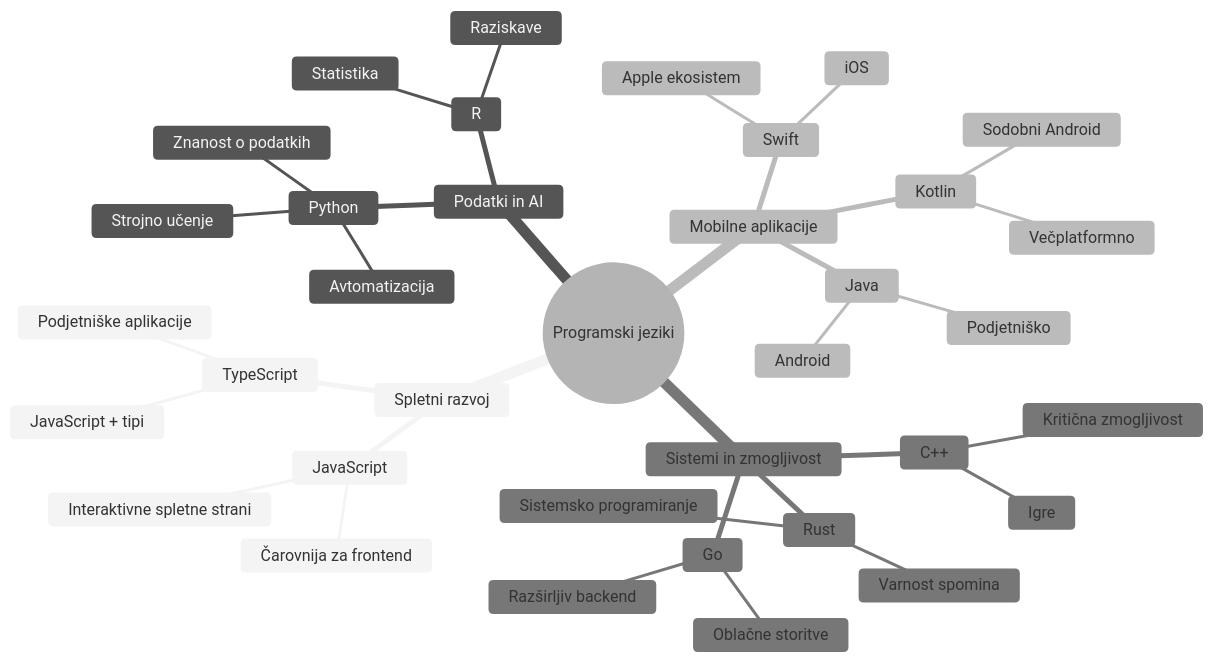
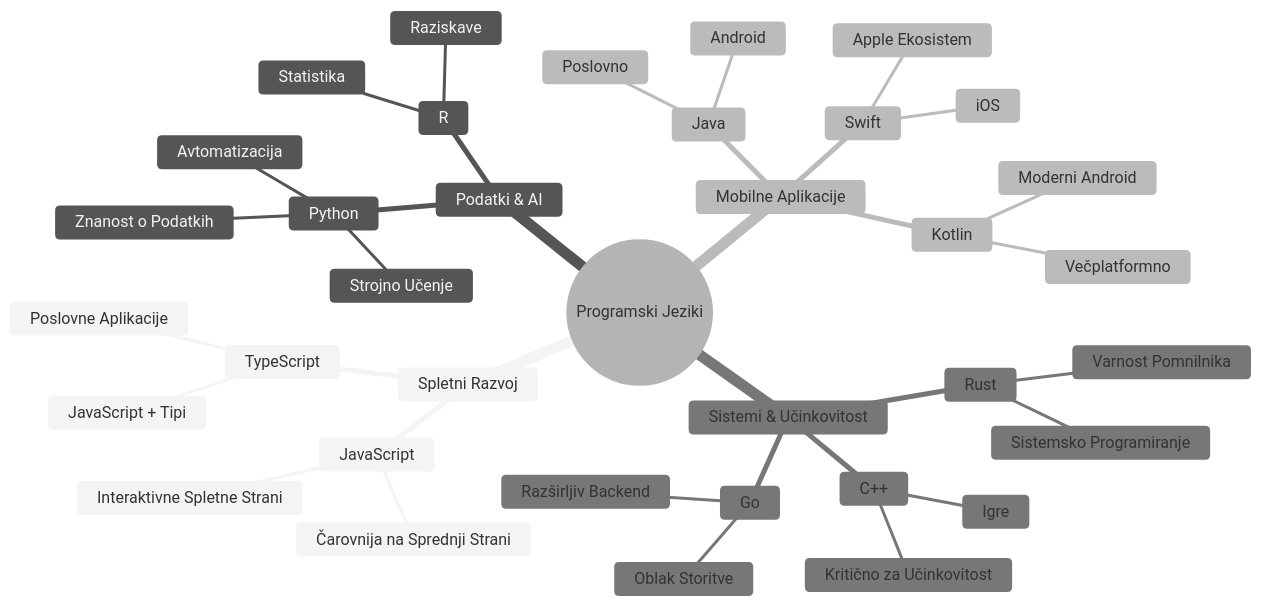
Before and after one commit to microsoft/Web-Dev-For-Beginners: the second of 7 diagrams in translations/sl/1-getting-started-lessons/1-intro-to-programming-languages/README.md, drawn with Mermaid (neutral theme). The commit also changed other lines of this file and 8 other files, not shown here.

````diff
--- a/translations/sl/1-getting-started-lessons/1-intro-to-programming-languages/README.md
+++ b/translations/sl/1-getting-started-lessons/1-intro-to-programming-languages/README.md
@@ -85,39 +85,39 @@
 ```mermaid
 mindmap
-  root((Programski jeziki))
-    Spletni razvoj
+  root((Programski Jeziki))
+    Spletni Razvoj
       JavaScript
-        Čarovnija za frontend
-        Interaktivne spletne strani
+        Čarovnija na Sprednji Strani
+        Interaktivne Spletne Strani
       TypeScript
-        JavaScript + tipi
-        Podjetniške aplikacije
-    Podatki in AI
+        JavaScript + Tipi
+        Poslovne Aplikacije
+    Podatki & AI
       Python
-        Znanost o podatkih
-        Strojno učenje
+        Znanost o Podatkih
+        Strojno Učenje
         Avtomatizacija
       R
         Statistika
         Raziskave
-    Mobilne aplikacije
+    Mobilne Aplikacije
       Java
         Android
-        Podjetniško
+        Poslovno
       Swift
         iOS
-        Apple ekosistem
+        Apple Ekosistem
       Kotlin
-        Sodobni Android
+        Moderni Android
         Večplatformno
-    Sistemi in zmogljivost
+    Sistemi & Učinkovitost
       C++
         Igre
-        Kritična zmogljivost
+        Kritično za Učinkovitost
       Rust
-        Varnost spomina
-        Sistemsko programiranje
+        Varnost Pomnilnika
+        Sistemsko Programiranje
       Go
-        Oblačne storitve
-        Razširljiv backend
+        Oblak Storitve
+        Razširljiv Backend
 ```
````
